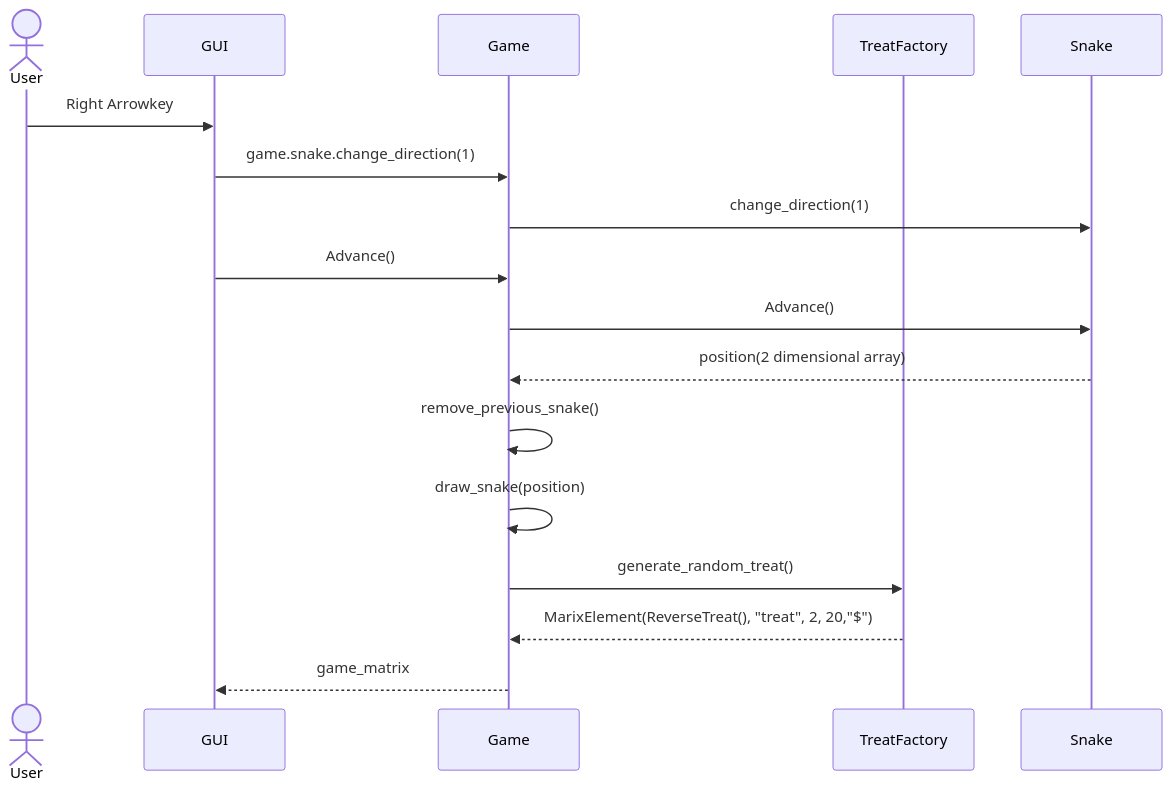
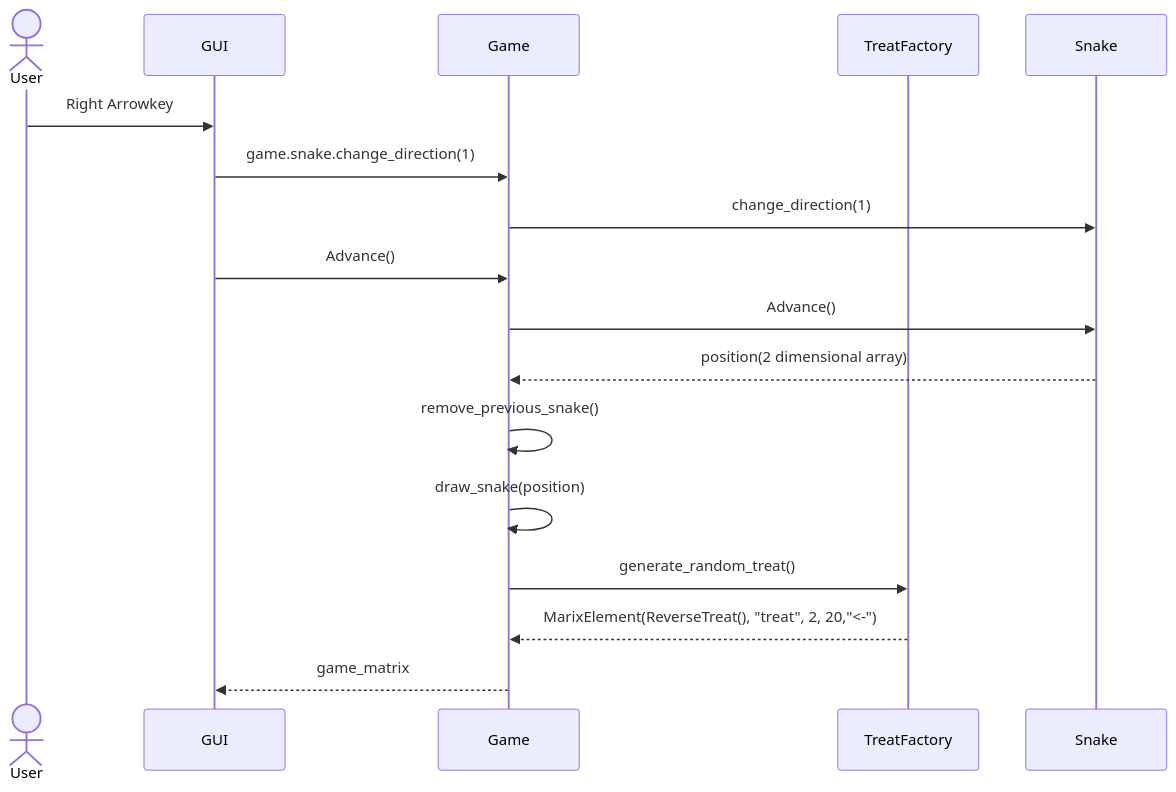
The first of 2 diagrams in dokumentaatio/arkkitehtuuri.md (SuperTLP/ot-harjoitustyo), drawn with Mermaid before and after one commit.

````diff
--- a/dokumentaatio/arkkitehtuuri.md
+++ b/dokumentaatio/arkkitehtuuri.md
@@ -59,20 +59,20 @@
 ```mermaid
 sequenceDiagram
   actor User
   participant GUI
   participant Game
   participant TreatFactory
   participant Snake
   
   User->>GUI:Right Arrowkey
   GUI->>Game:game.snake.change_direction(1)
   Game->>Snake:change_direction(1)
   GUI->>Game:Advance()
   Game->>Snake:Advance()
   Snake-->>Game:position(2 dimensional array)
   Game->>Game:remove_previous_snake()
   Game->>Game:draw_snake(position)
   Game->>TreatFactory:generate_random_treat()
-  TreatFactory-->>Game:MarixElement(ReverseTreat(), "treat", 2, 20,"$")
+  TreatFactory-->>Game:MarixElement(ReverseTreat(), "treat", 2, 20,"<-")
   Game-->>GUI:game_matrix
   ```
````
